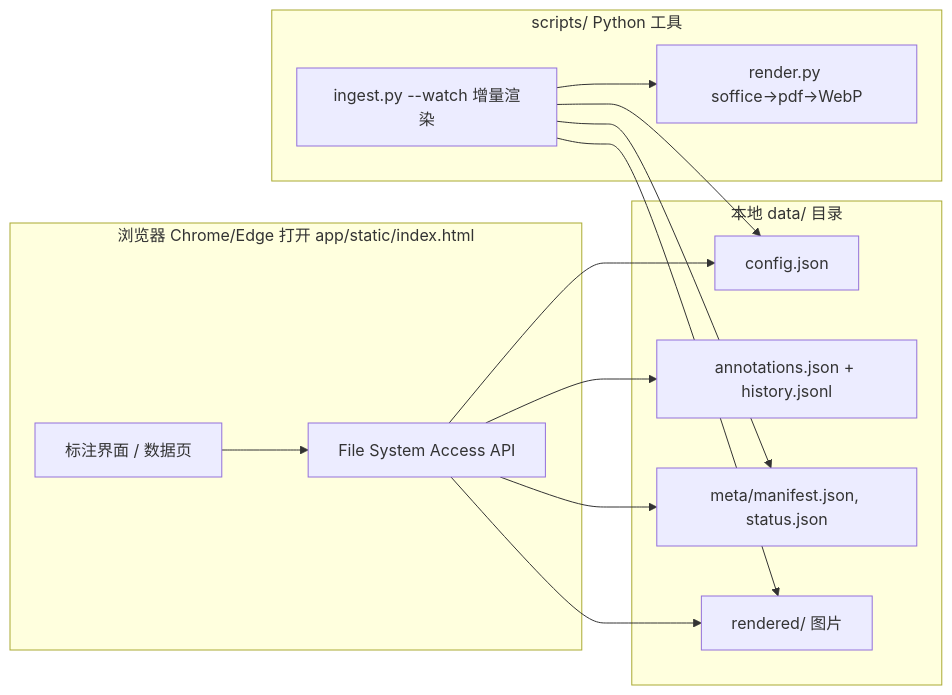
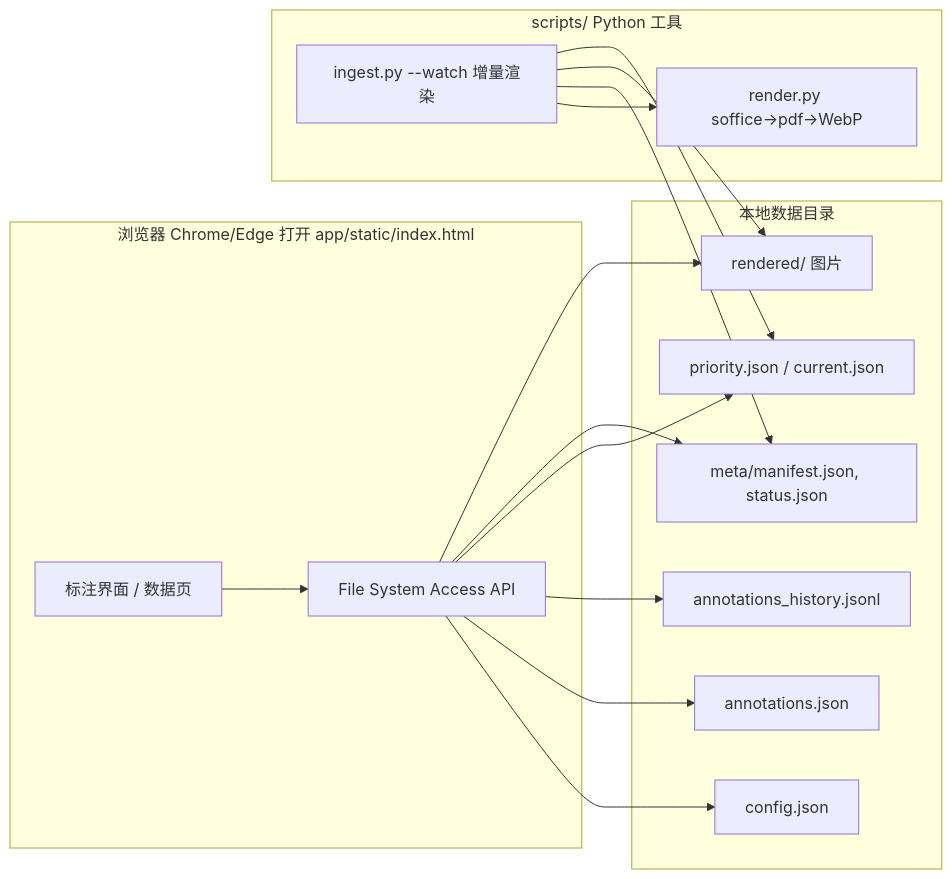
One commit to enginewwz/ppt-blind-annotator changed the diagram in README.md. Above: the diagram before and after it, drawn with Mermaid. The commit also changed other lines of this file and 12 other files, not shown here.

Commit message:
fix: mitigate premature eviction of cached data beyond the current deck under cache limits

````diff
--- a/README.md
+++ b/README.md
@@ -21,26 +21,30 @@
 ```mermaid
 flowchart LR
     subgraph 浏览器[浏览器 Chrome/Edge 打开 app/static/index.html]
         UI[标注界面 / 数据页]
         FS[File System Access API]
     end
-    subgraph data[本地 data/ 目录]
+    subgraph data[本地数据目录]
         CFG[config.json]
-        ANNO[annotations.json + history.jsonl]
+        ANNO[annotations.json]
+        HIST[annotations_history.jsonl]
+        CTL[priority.json / current.json]
         META[meta/manifest.json, status.json]
         RND[rendered/ 图片]
     end
     subgraph 后端[scripts/ Python 工具]
         ING[ingest.py --watch 增量渲染]
         REN[render.py soffice→pdf→WebP]
     end
     UI --> FS
     FS --> CFG
     FS --> ANNO
+    FS --> HIST
+    FS --> CTL
     FS --> META
     FS --> RND
     ING --> REN
     ING --> META
     ING --> RND
-    ING --> CFG
+    ING --> CTL
 ```
````
